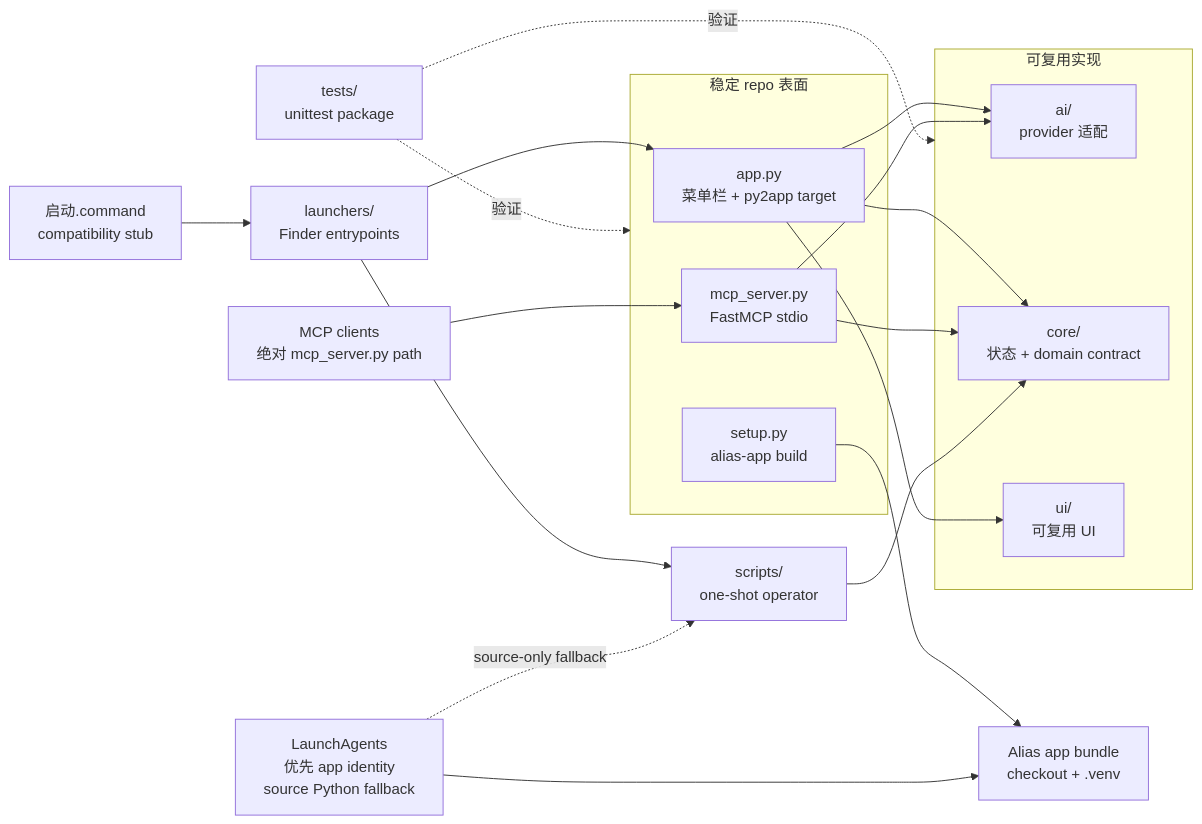
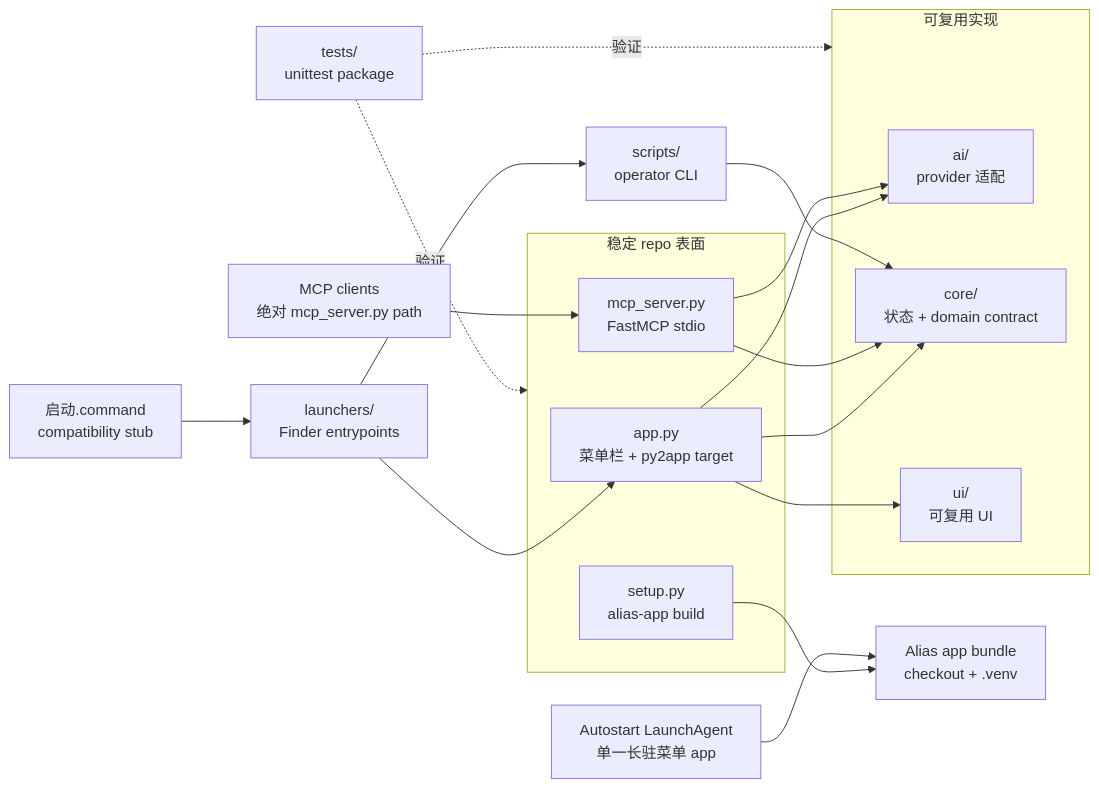
One commit to axinjjj/we-groupchat-obsidian changed the diagram in README.zh-CN.md. Above: the diagram before and after it, drawn with Mermaid. The commit also changed other lines of this file and 32 other files, not shown here.

````diff
--- a/README.zh-CN.md
+++ b/README.zh-CN.md
@@ -610,36 +620,35 @@
 ```mermaid
 flowchart LR
   subgraph Root["稳定 repo 表面"]
     APP["app.py<br/>菜单栏 + py2app target"]
     MCP["mcp_server.py<br/>FastMCP stdio"]
     SETUP["setup.py<br/>alias-app build"]
   end
   subgraph Packages["可复用实现"]
     AI["ai/<br/>provider 适配"]
     CORE["core/<br/>状态 + domain contract"]
     UI["ui/<br/>可复用 UI"]
   end
-  SCRIPTS["scripts/<br/>one-shot operator"]
+  SCRIPTS["scripts/<br/>operator CLI"]
   LAUNCHERS["launchers/<br/>Finder entrypoints"]
   ROOTSTART["启动.command<br/>compatibility stub"]
   TESTS["tests/<br/>unittest package"]
-  AGENTS["LaunchAgents<br/>优先 app identity<br/>source Python fallback"]
+  AGENTS["Autostart LaunchAgent<br/>单一长驻菜单 app"]
   BUNDLE["Alias app bundle<br/>checkout + .venv"]
   CLIENTS["MCP clients<br/>绝对 mcp_server.py path"]
 
   APP --> AI
   APP --> CORE
   APP --> UI
   MCP --> AI
   MCP --> CORE
   SCRIPTS --> CORE
   ROOTSTART --> LAUNCHERS
   LAUNCHERS --> APP
   LAUNCHERS --> SCRIPTS
   SETUP --> BUNDLE
   AGENTS --> BUNDLE
-  AGENTS -. "source-only fallback" .-> SCRIPTS
   CLIENTS --> MCP
   TESTS -. "验证" .-> Root
   TESTS -. "验证" .-> Packages
 ```
````
